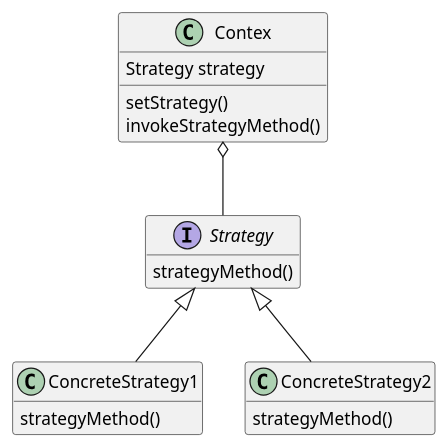
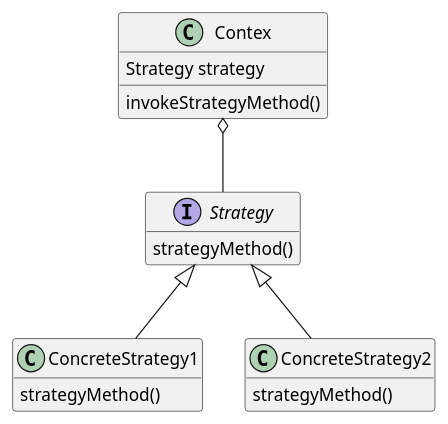
Before and after one commit to gama79530/DesignPattern: the diagram in StrategyPattern/StrategyPattern.puml, drawn with PlantUML. The commit also changed 38 other files, not shown here.

```diff
--- a/StrategyPattern/StrategyPattern.puml
+++ b/StrategyPattern/StrategyPattern.puml
@@ -1,26 +1,25 @@
 @startuml StrategyPattern
 hide empty members
 
 class Contex{
     Strategy strategy
-    setStrategy()
     invokeStrategyMethod()
 }
 
 interface Strategy{
     strategyMethod()
 }
 
 class ConcreteStrategy1{
     strategyMethod()
 }
 
 class ConcreteStrategy2{
     strategyMethod()
 }
 
 Contex o-- Strategy
 Strategy <|-- ConcreteStrategy1
 Strategy <|-- ConcreteStrategy2
 
 @enduml
```
